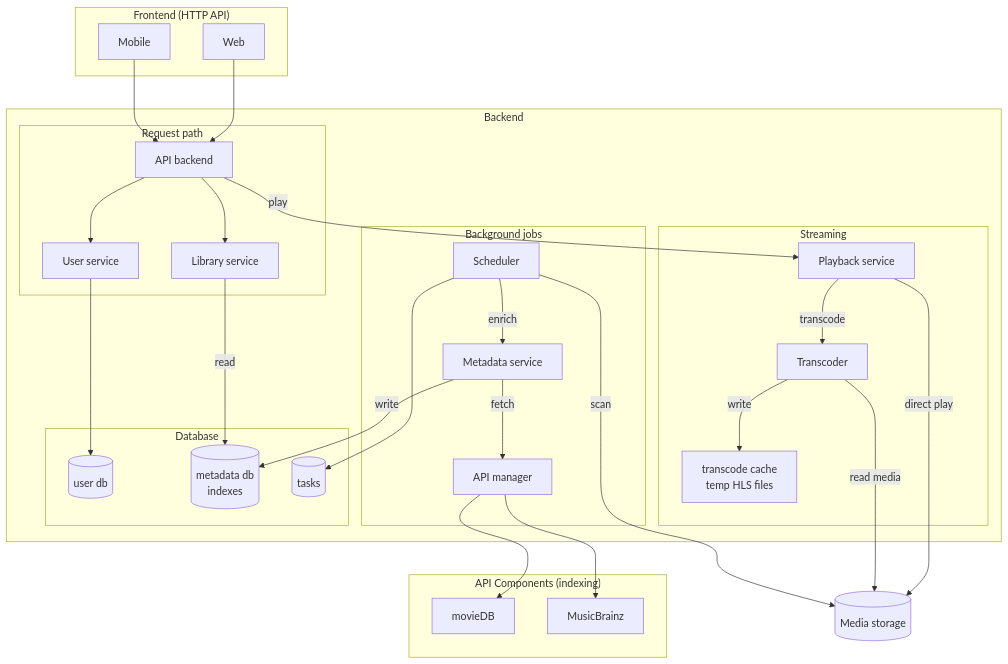
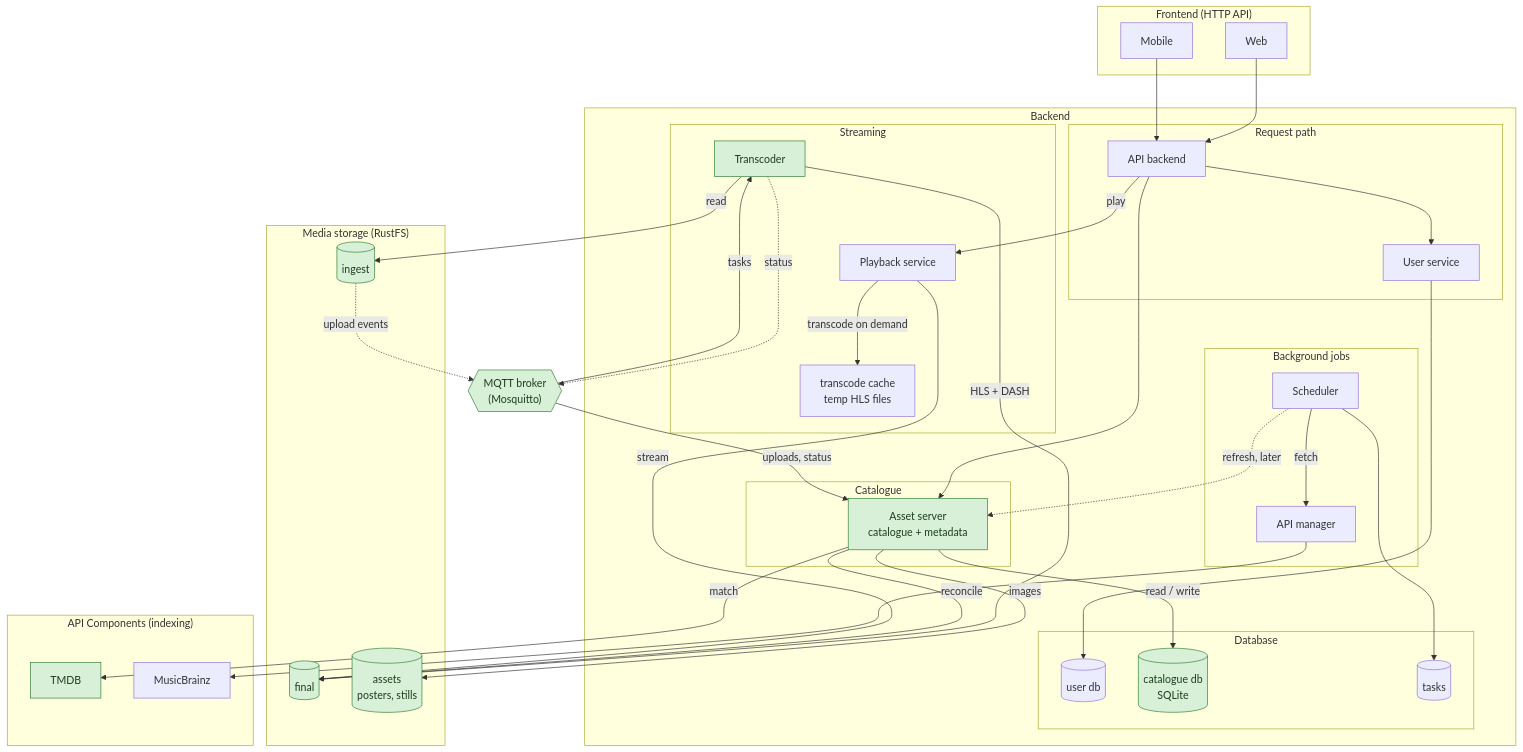
Before and after one commit to Domeimeie/DodoGlass: the diagram in docs/architecture/architecture.md, drawn with Mermaid. The commit also changed other lines of this file and 1 other file, not shown here.

Commit message:
Docs: system overview with the asset server; complete default handover
The overview now shows the Asset server in place of the separate Library
and Metadata services, the buckets, the MQTT broker and TMDB, with the
built parts highlighted.

````diff
--- a/docs/architecture/architecture.md
+++ b/docs/architecture/architecture.md
@@ -1,51 +1,63 @@
 ```mermaid
 flowchart TB
     subgraph Frontend["Frontend (HTTP API)"]
         Web[Web]
         Mobile[Mobile]
     end
     subgraph Backend
         subgraph Requests["Request path"]
             API[API backend]
             UserService[User service]
-            LibraryService[Library service]
+        end
+        subgraph Catalogue
+            AssetServer["Asset server<br/>catalogue + metadata"]
         end
         subgraph Streaming
             PlaybackService[Playback service]
             Transcoder[Transcoder]
             TranscodeCache[transcode cache<br/>temp HLS files]
         end
         subgraph Background["Background jobs"]
             Scheduler[Scheduler]
-            MetadataService[Metadata service]
             APIManager[API manager]
         end
         subgraph Database["Database"]
             UserDB[(user db)]
-            MetadataDB[(metadata db<br/>indexes)]
+            CatalogueDB[(catalogue db<br/>SQLite)]
             SchedulerDB[(tasks)]
         end
     end
-    MediaStorage[(Media storage)]
+    subgraph MediaStorage["Media storage (RustFS)"]
+        Ingest[(ingest)]
+        Final[(final)]
+        Assets[(assets<br/>posters, stills)]
+    end
+    Broker{{"MQTT broker<br/>(Mosquitto)"}}
     subgraph Indexing["API Components (indexing)"]
-        MovieDB[movieDB]
+        TMDB[TMDB]
         MusicBrainz[MusicBrainz]
     end
     Web & Mobile --> API
-    API --> UserService & LibraryService
+    API --> UserService & AssetServer
     API -->|play| PlaybackService
     UserService --> UserDB
-    LibraryService -->|read| MetadataDB
-    PlaybackService -->|transcode| Transcoder
-    PlaybackService -->|direct play| MediaStorage
-    Transcoder -->|read media| MediaStorage
-    Transcoder -->|write| TranscodeCache
-    Scheduler -->|enrich| MetadataService
+    Ingest -.->|upload events| Broker
+    Broker -->|tasks| Transcoder
+    Broker -->|uploads, status| AssetServer
+    Transcoder -->|read| Ingest
+    Transcoder -->|HLS + DASH| Final
+    Transcoder -.->|status| Broker
+    AssetServer -->|read / write| CatalogueDB
+    AssetServer -->|reconcile| Final
+    AssetServer -->|images| Assets
+    AssetServer -->|match| TMDB
+    PlaybackService -->|stream| Final
+    PlaybackService -->|transcode on demand| TranscodeCache
+    Scheduler -.->|refresh, later| AssetServer
     Scheduler --> SchedulerDB
-    Scheduler -->|scan| MediaStorage
-    MetadataService -->|write| MetadataDB
-    MetadataService -->|fetch| APIManager
-    APIManager --> MovieDB & MusicBrainz
-    TranscodeCache ~~~ MediaStorage
-    TranscodeCache ~~~ MovieDB
+    Scheduler -->|fetch| APIManager
+    APIManager --> MusicBrainz
+
+    classDef built fill:#d8f0d8,stroke:#2e7d32,color:#1b3d1b
+    class AssetServer,Transcoder,Ingest,Final,Assets,Broker,CatalogueDB,TMDB built
 ```
````
